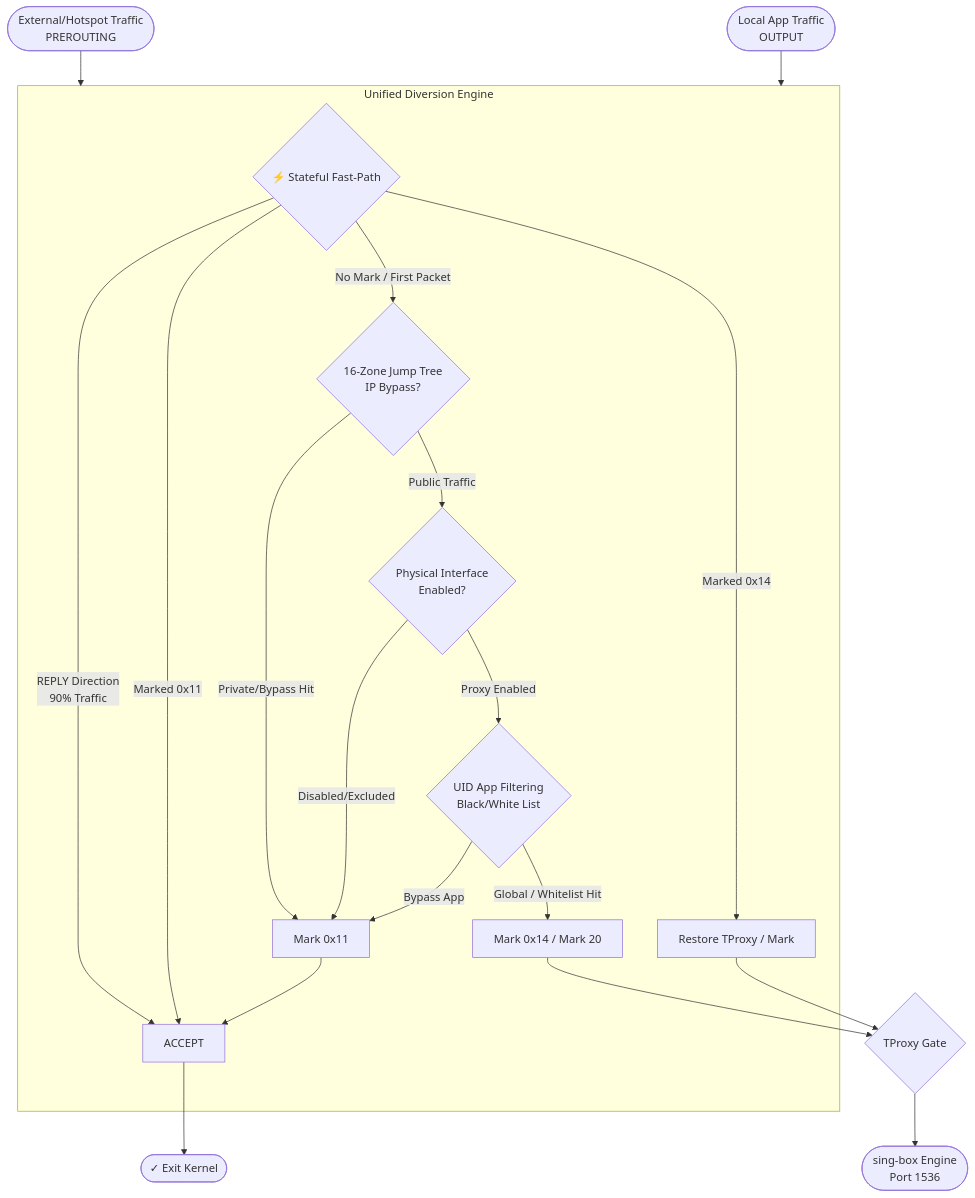
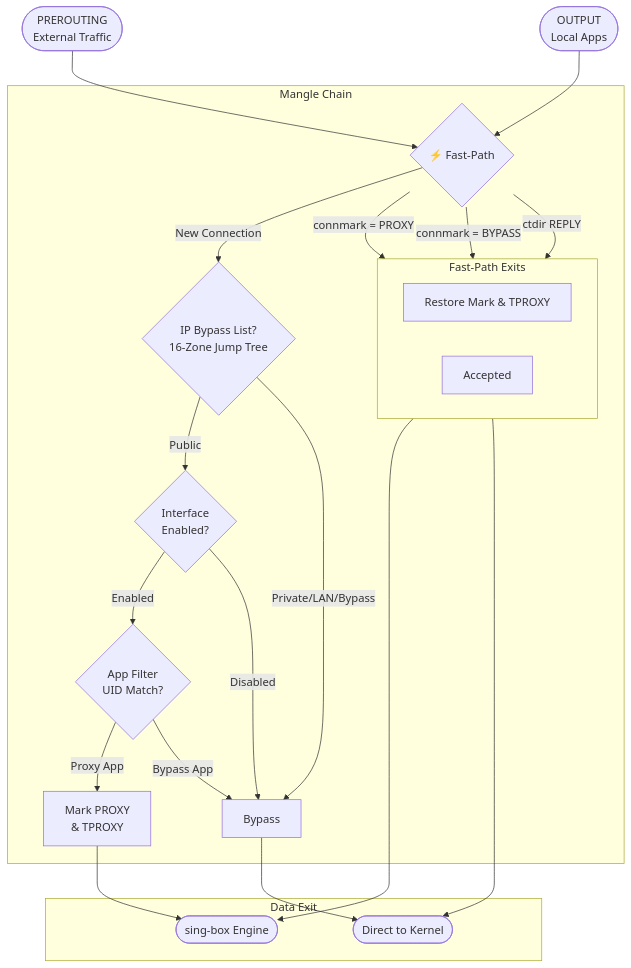
One commit to Chth1z/Flux changed the second of 2 diagrams in README.md. Above: the diagram before and after it, drawn with Mermaid. The commit also changed other lines of this file and 2 other files, not shown here.

````diff
--- a/README.md
+++ b/README.md
@@ -118,37 +110,48 @@
 ```mermaid
 graph TD
-    %% Entry Points
-    In_Pre([External/Hotspot Traffic<br/>PREROUTING]) --> Common
-    In_Out([Local App Traffic<br/>OUTPUT]) --> Common
+    Pre([PREROUTING<br/>External Traffic]) --> Fast
+    Out([OUTPUT<br/>Local Apps]) --> Fast
 
-    subgraph Common [Unified Diversion Engine]
-        %% Layer 1: ⚡ Fast-Path
-        Fast{⚡ Stateful Fast-Path}
+    subgraph Chain ["Mangle Chain"]
+        Fast{⚡ Fast-Path}
         
-        Fast -->|REPLY Direction<br/>90% Traffic| ACCEPT
-        Fast -->|Marked 0x11| ACCEPT
-        Fast -->|Marked 0x14| Recovery[Restore TProxy / Mark]
+        subgraph Shortcuts ["Fast-Path Exits"]
+            direction LR
+            Recover[Restore Mark & TPROXY]
+            Accepted[Accepted]
+        end
 
-        %% Layer 2: 🐢 Decision Path (New Conn)
-        Fast -- "No Mark / First Packet" --> IP_Jump{16-Zone Jump Tree<br/>IP Bypass?}
+        %% Proxy Path (Left)
+        Fast -->|"connmark = PROXY"| Recover
         
-        IP_Jump -->|Private/Bypass Hit| Set_Bypass[Mark 0x11]
+        %% Bypass Path (Right)
+        Fast -->|"connmark = BYPASS"| Accepted
+        Fast -->|"ctdir REPLY"| Accepted
+
+        %% Decision Path (Right/Bottom)
+        Fast -- "New Connection" --> IPCheck
         
-        IP_Jump -- "Public Traffic" --> Iface{Physical Interface<br/>Enabled?}
+        IPCheck{IP Bypass List?<br/>16-Zone Jump Tree}
+        IPCheck -->|Public| IfCheck
+        IPCheck -->|Private/LAN/Bypass| SetBypass[Bypass]
         
-        Iface -->|Disabled/Excluded| Set_Bypass
+        IfCheck{Interface<br/>Enabled?}
+        IfCheck -->|Enabled| AppCheck
+        IfCheck -->|Disabled| SetBypass
         
-        Iface -- "Proxy Enabled" --> App{UID App Filtering<br/>Black/White List}
-        
-        App -->|Bypass App| Set_Bypass
-        App -->|Global / Whitelist Hit| Set_Proxy[Mark 0x14 / Mark 20]
+        AppCheck{App Filter<br/>UID Match?}
+        AppCheck -->|Proxy App| SetProxy[Mark PROXY<br/>& TPROXY]
+        AppCheck -->|Bypass App| SetBypass
     end
 
-    %% Exit Points
-    Set_Bypass --> ACCEPT
-    Set_Proxy --> Gate{TProxy Gate}
-    Recovery --> Gate
-
-    Gate --> Sink([sing-box Engine<br/>Port 1536])
-    ACCEPT --> End([✓ Exit Kernel])
+    Recover --> SingBox
+    SetProxy --> SingBox
+    
+    Accepted --> Bypass
+    SetBypass --> Bypass
+    
+    subgraph Exit ["Data Exit"]
+        SingBox([sing-box Engine])
+        Bypass([Direct to Kernel])
+    end
 ```
````
